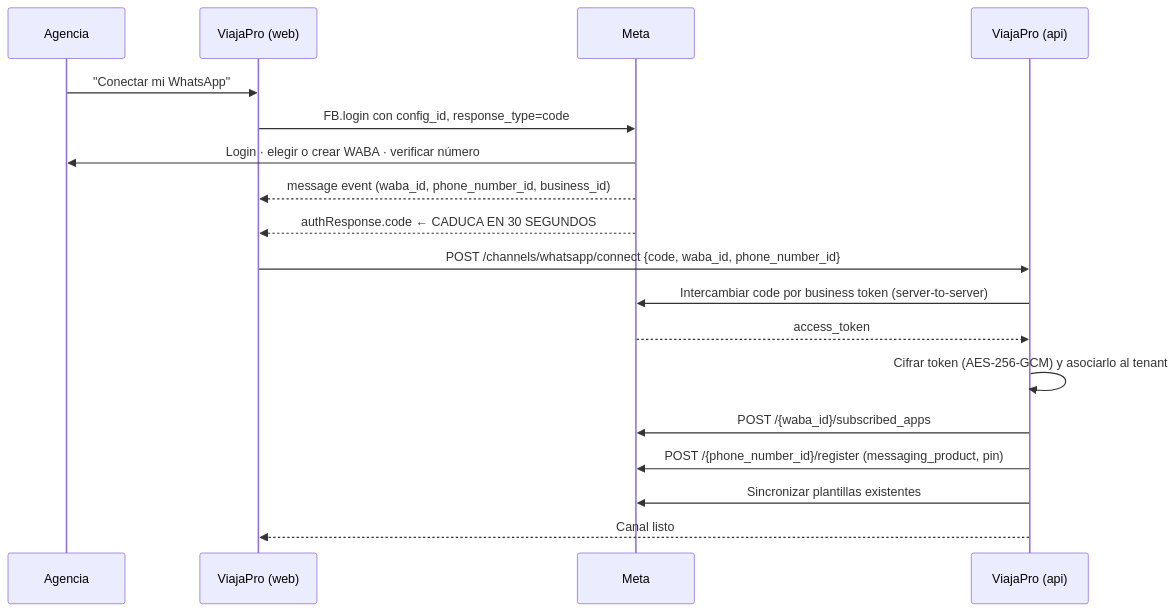
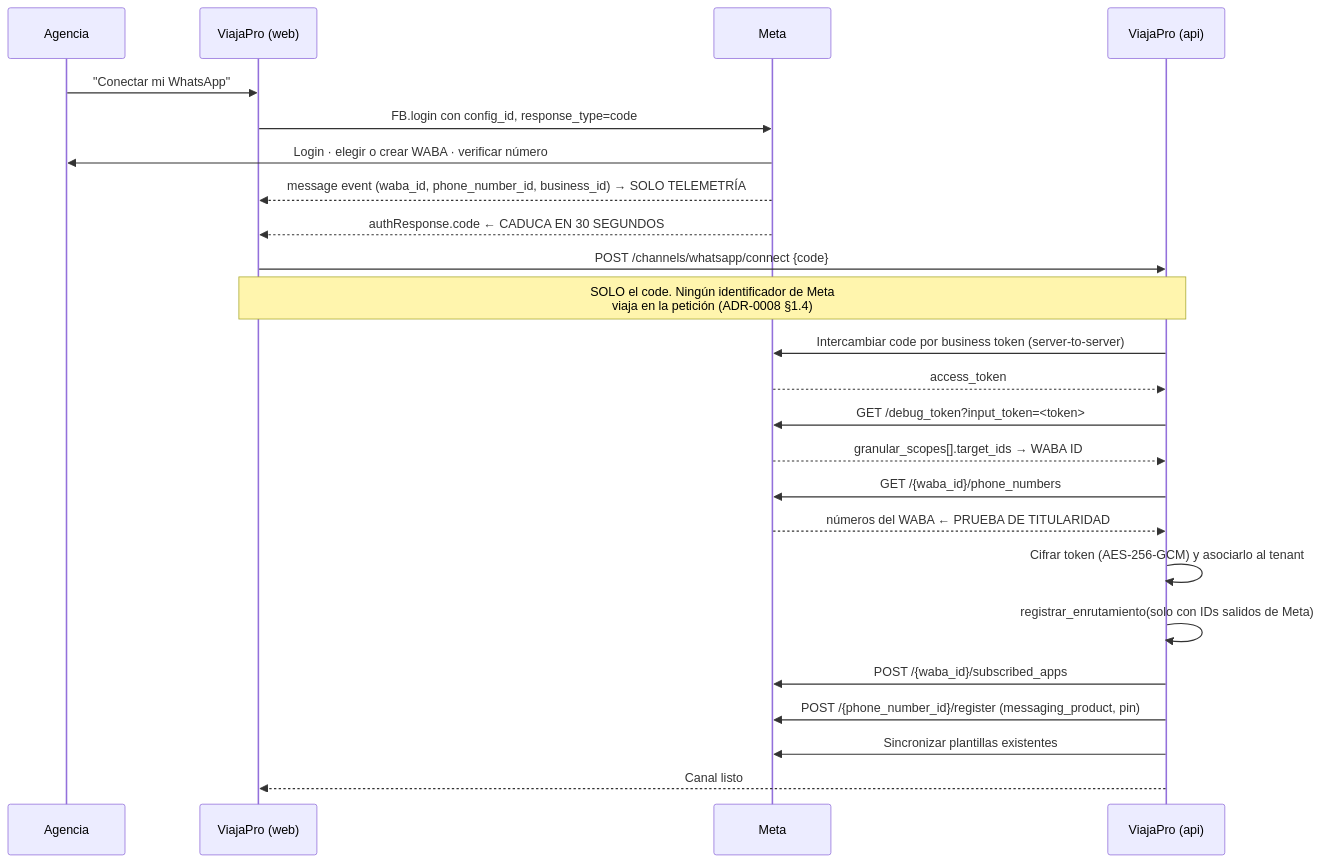
Before and after one commit to system-technology/CRM: the second of 2 diagrams in docs/04-integraciones/01-whatsapp-cloud-api.md, drawn with Mermaid. The commit also changed other lines of this file, not shown here.

````diff
--- a/docs/04-integraciones/01-whatsapp-cloud-api.md
+++ b/docs/04-integraciones/01-whatsapp-cloud-api.md
@@ -81,21 +81,27 @@
 ```mermaid
 sequenceDiagram
     participant A as Agencia
     participant W as ViajaPro (web)
     participant M as Meta
     participant S as ViajaPro (api)
 
     A->>W: "Conectar mi WhatsApp"
     W->>M: FB.login con config_id, response_type=code
     M->>A: Login · elegir o crear WABA · verificar número
-    M-->>W: message event (waba_id, phone_number_id, business_id)
+    M-->>W: message event (waba_id, phone_number_id, business_id) → SOLO TELEMETRÍA
     M-->>W: authResponse.code  ← CADUCA EN 30 SEGUNDOS
-    W->>S: POST /channels/whatsapp/connect {code, waba_id, phone_number_id}
+    W->>S: POST /channels/whatsapp/connect {code}
+    Note over W,S: SOLO el code. Ningún identificador de Meta<br/>viaja en la petición (ADR-0008 §1.4)
     S->>M: Intercambiar code por business token (server-to-server)
     M-->>S: access_token
+    S->>M: GET /debug_token?input_token=<token>
+    M-->>S: granular_scopes[].target_ids → WABA ID
+    S->>M: GET /{waba_id}/phone_numbers
+    M-->>S: números del WABA ← PRUEBA DE TITULARIDAD
     S->>S: Cifrar token (AES-256-GCM) y asociarlo al tenant
+    S->>S: registrar_enrutamiento(solo con IDs salidos de Meta)
     S->>M: POST /{waba_id}/subscribed_apps
     S->>M: POST /{phone_number_id}/register (messaging_product, pin)
     S->>M: Sincronizar plantillas existentes
     S-->>W: Canal listo
 ```
````
